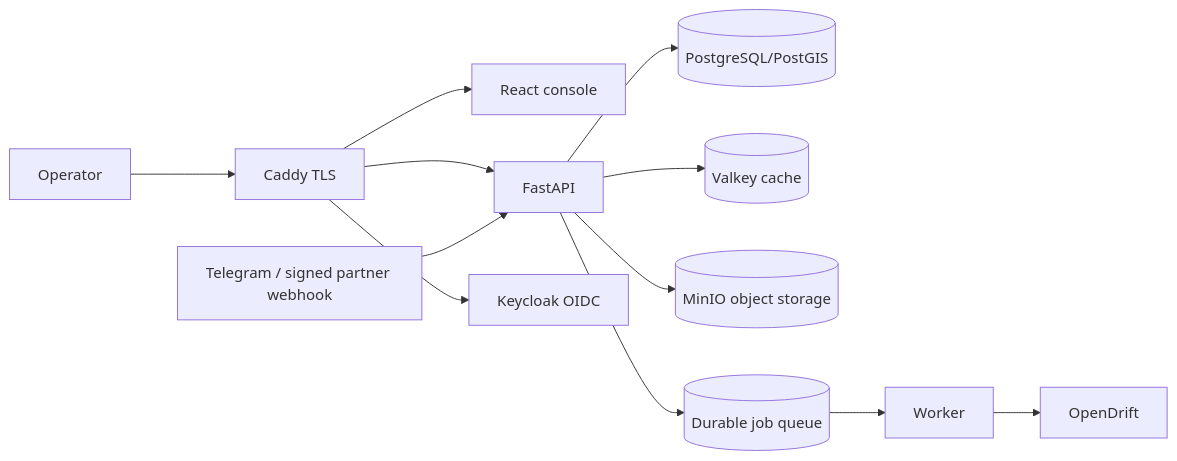
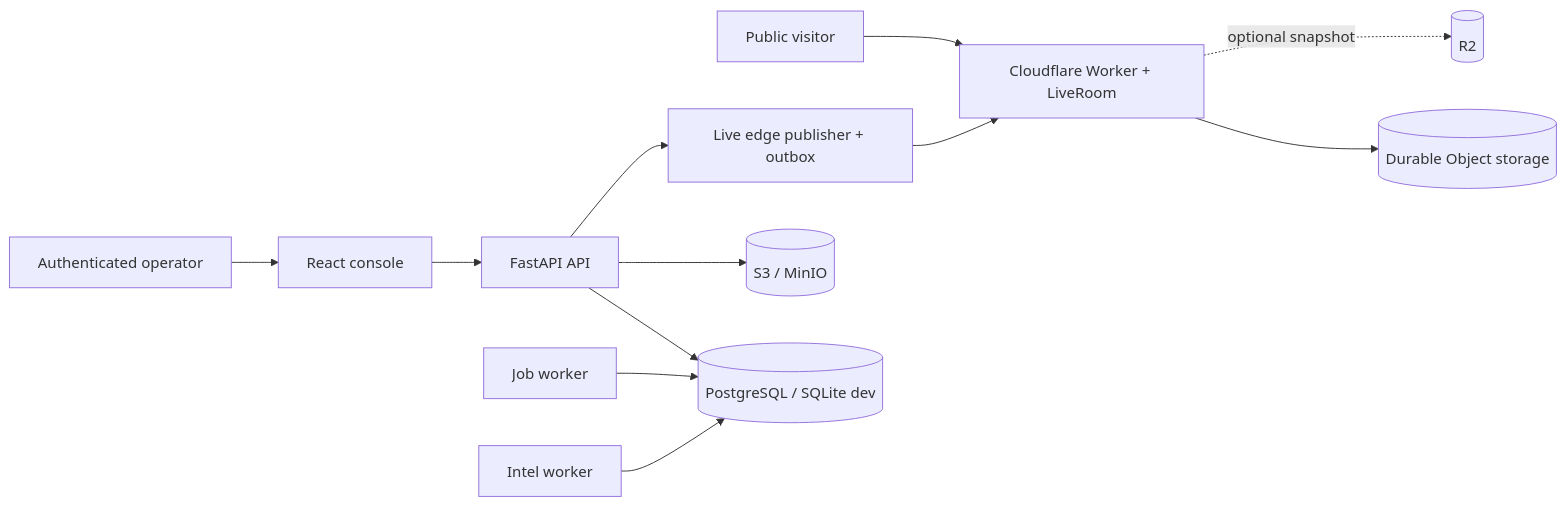
One commit to suezcanalxyz/seacommons changed the diagram in docs/ARCHITECTURE.md. Above: the diagram before and after it, drawn with Mermaid. The commit also changed other lines of this file and 5 other files, not shown here.

Commit message:
docs: consolidate architecture and operating model

````diff
--- a/docs/ARCHITECTURE.md
+++ b/docs/ARCHITECTURE.md
@@ -11,14 +18,14 @@
 ```mermaid
 flowchart LR
-  U[Operator] --> C[Caddy TLS]
-  C --> W[React console]
-  C --> A[FastAPI]
-  C --> K[Keycloak OIDC]
-  A --> P[(PostgreSQL/PostGIS)]
-  A --> V[(Valkey cache)]
-  A --> O[(MinIO object storage)]
-  T[Telegram / signed partner webhook] --> A
-  A --> Q[(Durable job queue)]
-  Q --> R[Worker]
-  R --> D[OpenDrift]
+  Public[Public visitor] --> Edge[Cloudflare Worker + LiveRoom]
+  Operator[Authenticated operator] --> Web[React console]
+  Web --> API[FastAPI API]
+  API --> DB[(PostgreSQL / SQLite dev)]
+  API --> Objects[(S3 / MinIO)]
+  Worker[Job worker] --> DB
+  Intel[Intel worker] --> DB
+  API --> Publisher[Live edge publisher + outbox]
+  Publisher --> Edge
+  Edge --> DO[(Durable Object storage)]
+  Edge -. optional snapshot .-> R2[(R2)]
 ```
````
